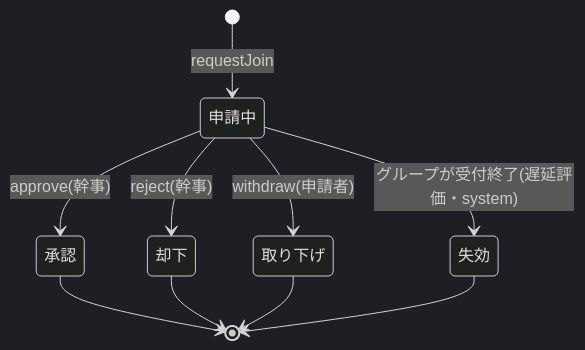
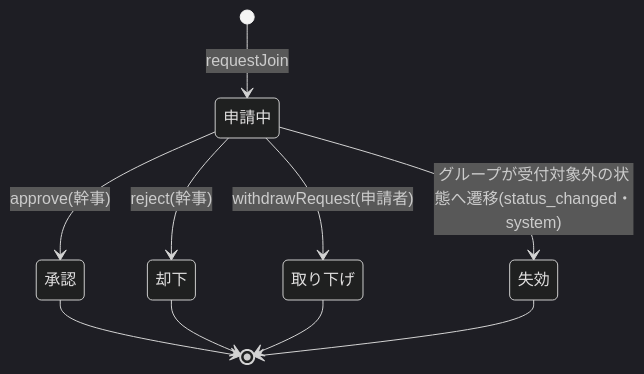
Before and after one commit to masahirosako1005/MC-006: the first of 3 diagrams in docs/feature/03-join-flow.md, drawn with Mermaid (dark theme). The commit also changed other lines of this file and 34 other files, not shown here.

````diff
--- a/docs/feature/03-join-flow.md
+++ b/docs/feature/03-join-flow.md
@@ -219,12 +229,12 @@
 ```mermaid
 stateDiagram-v2
   [*] --> 申請中: requestJoin
   申請中 --> 承認: approve(幹事)
   申請中 --> 却下: reject(幹事)
-  申請中 --> 取り下げ: withdraw(申請者)
-  申請中 --> 失効: グループが受付終了(遅延評価・system)
+  申請中 --> 取り下げ: withdrawRequest(申請者)
+  申請中 --> 失効: グループが受付対象外の状態へ遷移(status_changed・system)
   承認 --> [*]
   却下 --> [*]
   取り下げ --> [*]
   失効 --> [*]
 ```
````
